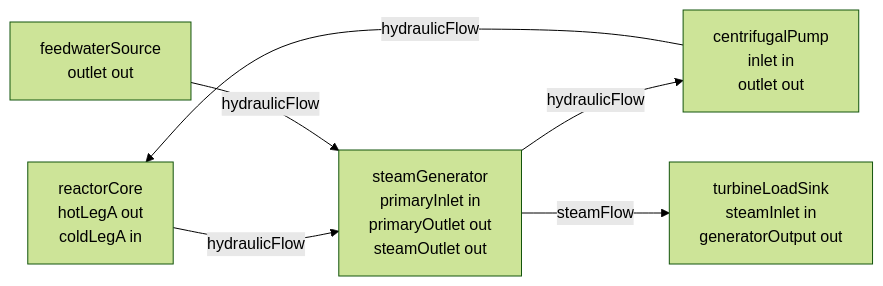
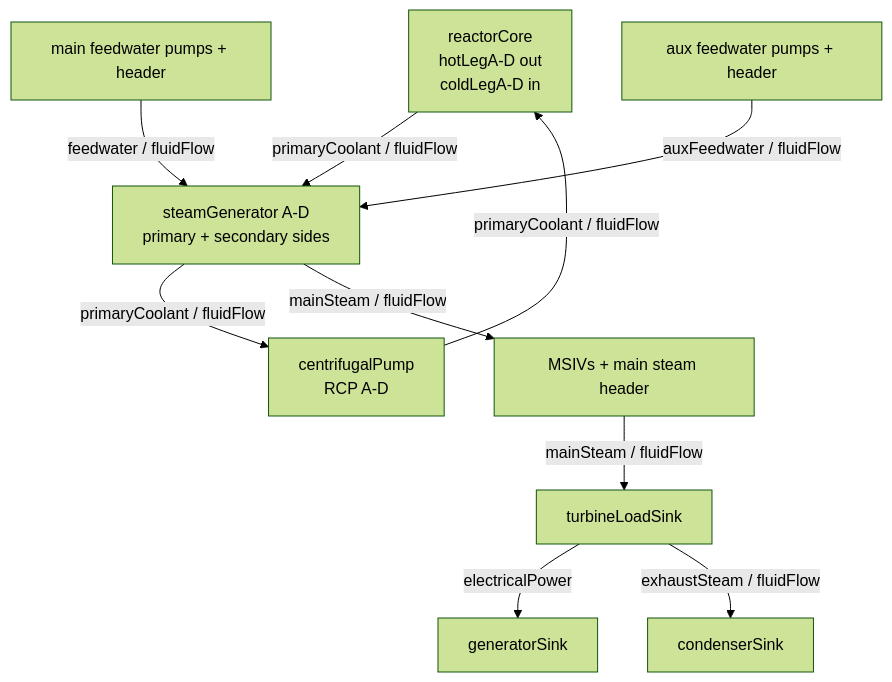
Before and after one commit to samsinn-wikis/leitbild: the second of 5 diagrams in wiki/domains/process-plant.md, drawn with Mermaid (forest theme). The commit also changed other lines of this file and 4 other files, not shown here.

````diff
--- a/wiki/domains/process-plant.md
+++ b/wiki/domains/process-plant.md
@@ -106,8 +112,12 @@
 ```mermaid
-flowchart LR
-  Core["reactorCore\nhotLegA out\ncoldLegA in"] -->|hydraulicFlow| SG["steamGenerator\nprimaryInlet in\nprimaryOutlet out\nsteamOutlet out"]
-  SG -->|hydraulicFlow| Pump["centrifugalPump\ninlet in\noutlet out"]
-  Pump -->|hydraulicFlow| Core
-  Feed["feedwaterSource\noutlet out"] -->|hydraulicFlow| SG
-  SG -->|steamFlow| Turbine["turbineLoadSink\nsteamInlet in\ngeneratorOutput out"]
+flowchart TB
+  Core["reactorCore\nhotLegA-D out\ncoldLegA-D in"] -->|"primaryCoolant / fluidFlow"| SG["steamGenerator A-D\nprimary + secondary sides"]
+  SG -->|"primaryCoolant / fluidFlow"| Pump["centrifugalPump\nRCP A-D"]
+  Pump -->|"primaryCoolant / fluidFlow"| Core
+  FW["main feedwater pumps + header"] -->|"feedwater / fluidFlow"| SG
+  AFW["aux feedwater pumps + header"] -->|"auxFeedwater / fluidFlow"| SG
+  SG -->|"mainSteam / fluidFlow"| SteamHeader["MSIVs + main steam header"]
+  SteamHeader -->|"mainSteam / fluidFlow"| Turbine["turbineLoadSink"]
+  Turbine -->|"electricalPower"| Generator["generatorSink"]
+  Turbine -->|"exhaustSteam / fluidFlow"| Condenser["condenserSink"]
 ```
````
